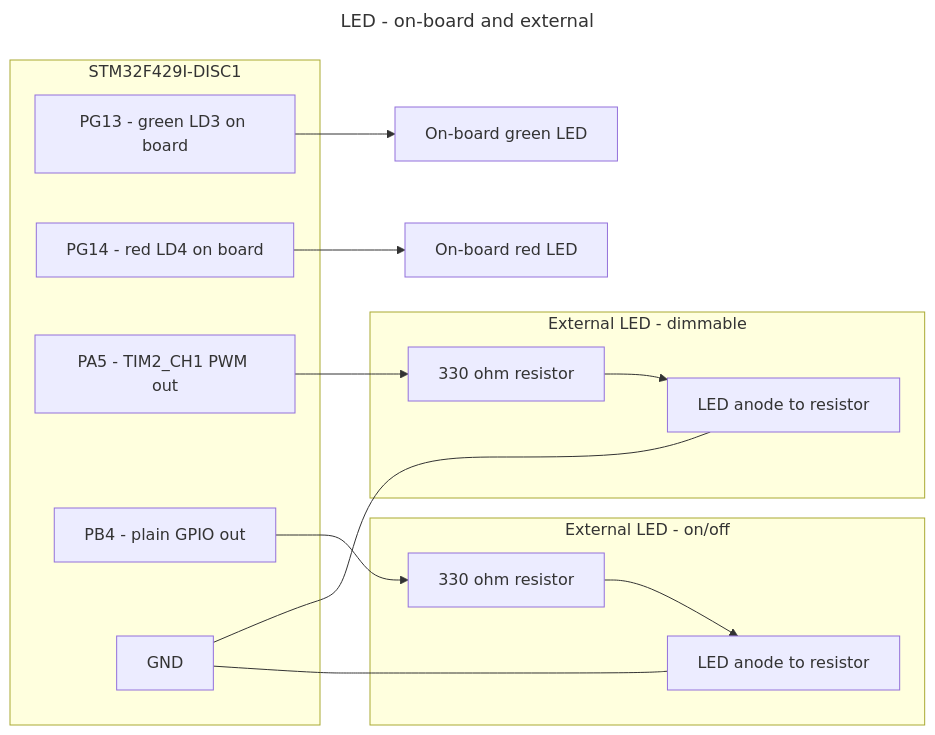
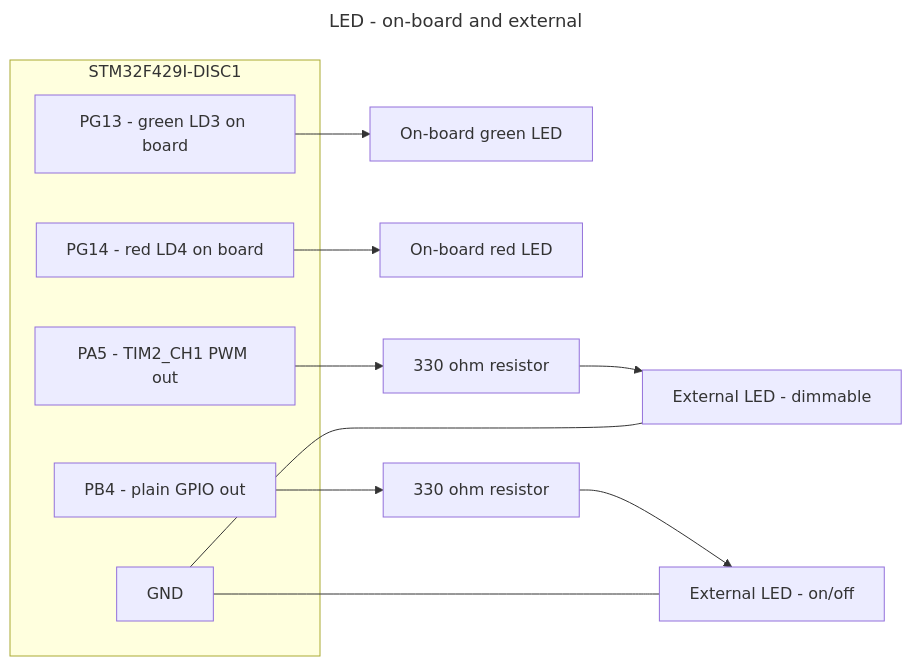
Before and after one commit to Ekpenyong-Esu/BareMetalMCU2: the diagram in Sensor_Cons/Peripherals/LED/led_wiring.mmd, drawn with Mermaid. The commit also changed 13 other files, not shown here.

```diff
--- a/Sensor_Cons/Peripherals/LED/led_wiring.mmd
+++ b/Sensor_Cons/Peripherals/LED/led_wiring.mmd
@@ -1,39 +1,33 @@
 ---
 title: LED - on-board and external
 ---
 %% Pins from Peripherals/BOARD/board.h.
 %% PG13 and PG14 are the soldered LEDs - nothing to wire for those.
 %% PA5 (TIM2_CH1) and PB4 are free in project.ioc for external LEDs.
 %% Always fit the series resistor; an STM32 pin can source about 20 mA and a
 %% bare LED will take far more than that.
 %% Use the PWM-capable pin if you want brightness control rather than on/off.
 flowchart LR
     subgraph MCU["STM32F429I-DISC1"]
         PG13["PG13 - green LD3 on board"]
         PG14["PG14 - red LD4 on board"]
         PA5["PA5 - TIM2_CH1 PWM out"]
         PB4["PB4 - plain GPIO out"]
         GND["GND"]
     end
 
     LD3["On-board green LED"]
     LD4["On-board red LED"]
-
-    subgraph EXT["External LED - dimmable"]
-        R1["330 ohm resistor"]
-        L1["LED anode to resistor"]
-    end
-
-    subgraph EXT2["External LED - on/off"]
-        R2["330 ohm resistor"]
-        L2["LED anode to resistor"]
-    end
+    R1["330 ohm resistor"]
+    R2["330 ohm resistor"]
+    L1["External LED - dimmable"]
+    L2["External LED - on/off"]
 
     PG13 --> LD3
     PG14 --> LD4
     PA5 --> R1
     R1 --> L1
     GND --- L1
     PB4 --> R2
     R2 --> L2
     GND --- L2
```
